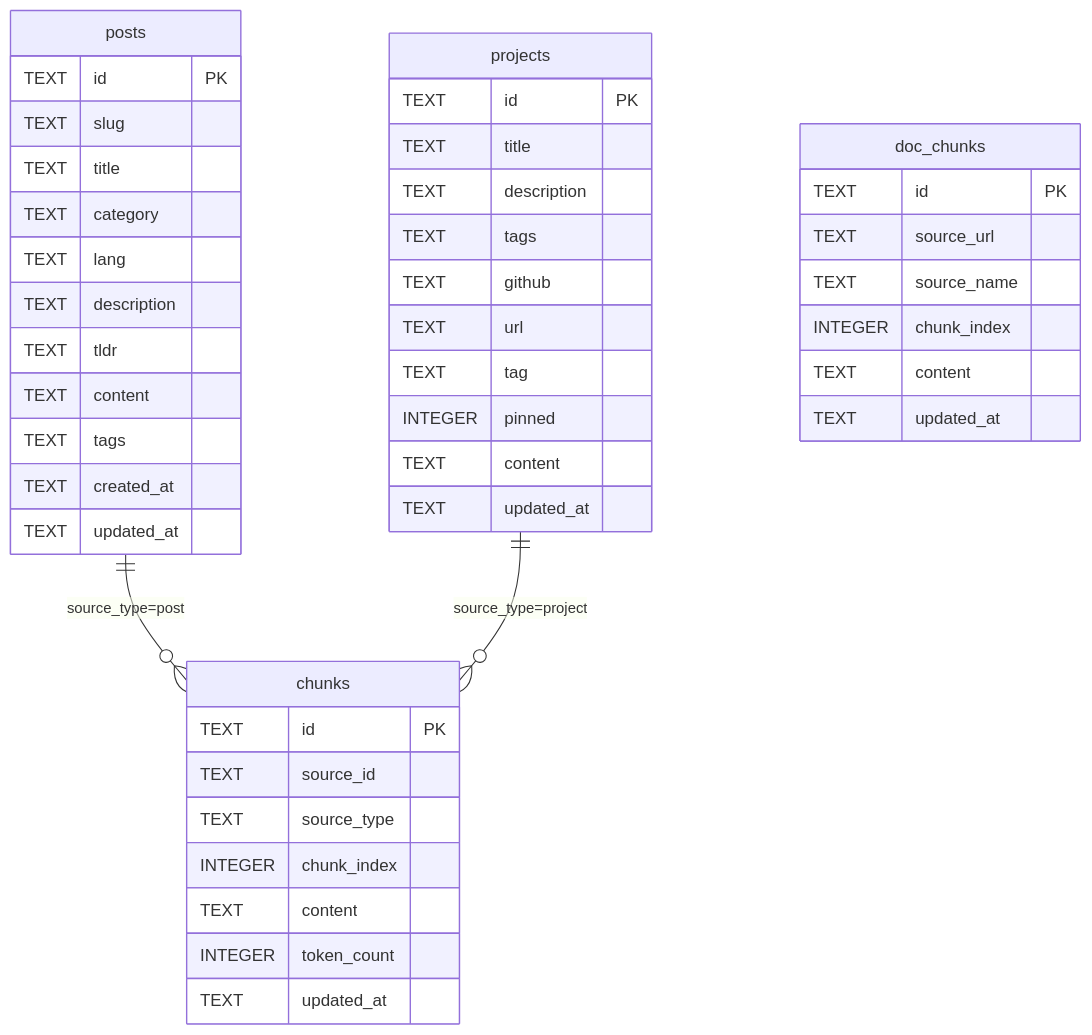
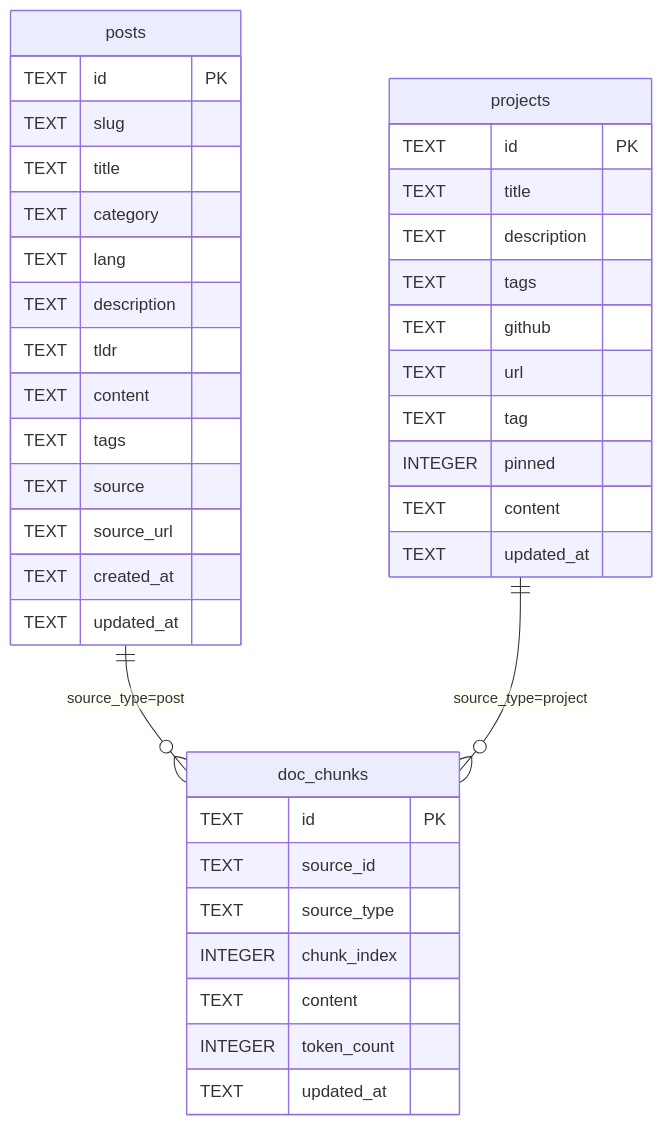
Before and after one commit to a920604a/engineernews: the fourth of 4 diagrams in docs/architecture.md, drawn with Mermaid. The commit also changed other lines of this file and 7 other files, not shown here.

````diff
--- a/docs/architecture.md
+++ b/docs/architecture.md
@@ -94,48 +114,42 @@
 ```mermaid
 erDiagram
   posts {
     TEXT id PK
     TEXT slug
     TEXT title
     TEXT category
     TEXT lang
     TEXT description
     TEXT tldr
     TEXT content
     TEXT tags
+    TEXT source
+    TEXT source_url
     TEXT created_at
-    TEXT updated_at
-  }
-  chunks {
-    TEXT id PK
-    TEXT source_id
-    TEXT source_type
-    INTEGER chunk_index
-    TEXT content
-    INTEGER token_count
     TEXT updated_at
   }
   projects {
     TEXT id PK
     TEXT title
     TEXT description
     TEXT tags
     TEXT github
     TEXT url
     TEXT tag
     INTEGER pinned
     TEXT content
     TEXT updated_at
   }
   doc_chunks {
     TEXT id PK
-    TEXT source_url
-    TEXT source_name
+    TEXT source_id
+    TEXT source_type
     INTEGER chunk_index
     TEXT content
+    INTEGER token_count
     TEXT updated_at
   }
 
-  posts ||--o{ chunks : "source_type=post"
-  projects ||--o{ chunks : "source_type=project"
+  posts ||--o{ doc_chunks : "source_type=post"
+  projects ||--o{ doc_chunks : "source_type=project"
 ```
````
